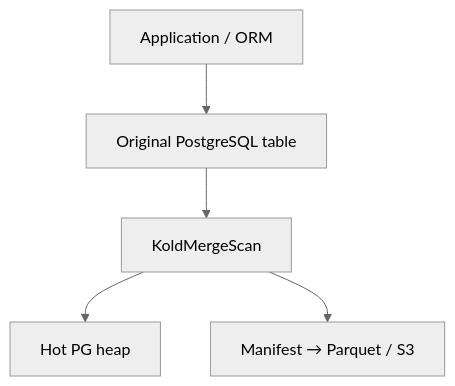
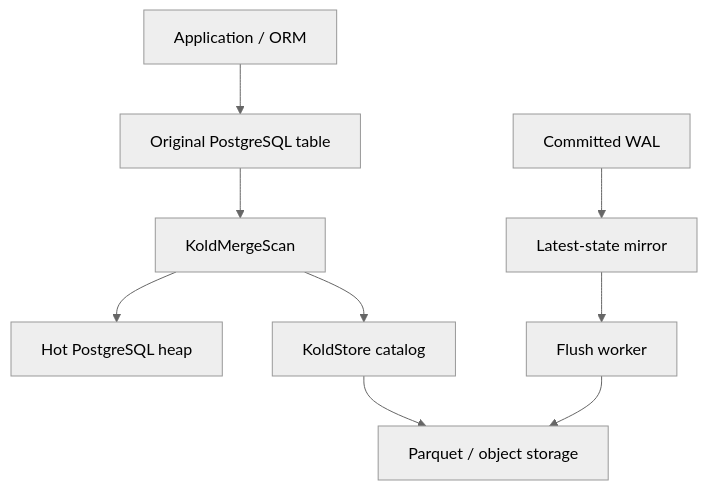
The diagram in README.md (kalamdb/koldstore), drawn with Mermaid (neutral theme) before and after one commit. The commit also changed other lines of this file, not shown here.

````diff
--- a/README.md
+++ b/README.md
@@ -197,7 +275,13 @@
 ```mermaid
 flowchart TD
-  App[Application / ORM] --> T[Original PostgreSQL table]
-  T --> Scan[KoldMergeScan]
-  Scan --> Hot[Hot PG heap]
-  Scan --> Cold[Manifest → Parquet / S3]
+  App[Application / ORM] --> Table[Original PostgreSQL table]
+  Table --> Scan[KoldMergeScan]
+
+  Scan --> Hot[Hot PostgreSQL heap]
+  Scan --> Catalog[KoldStore catalog]
+  Catalog --> Cold[Parquet / object storage]
+
+  WAL[Committed WAL] --> Mirror[Latest-state mirror]
+  Mirror --> Flush[Flush worker]
+  Flush --> Cold
 ```
````
